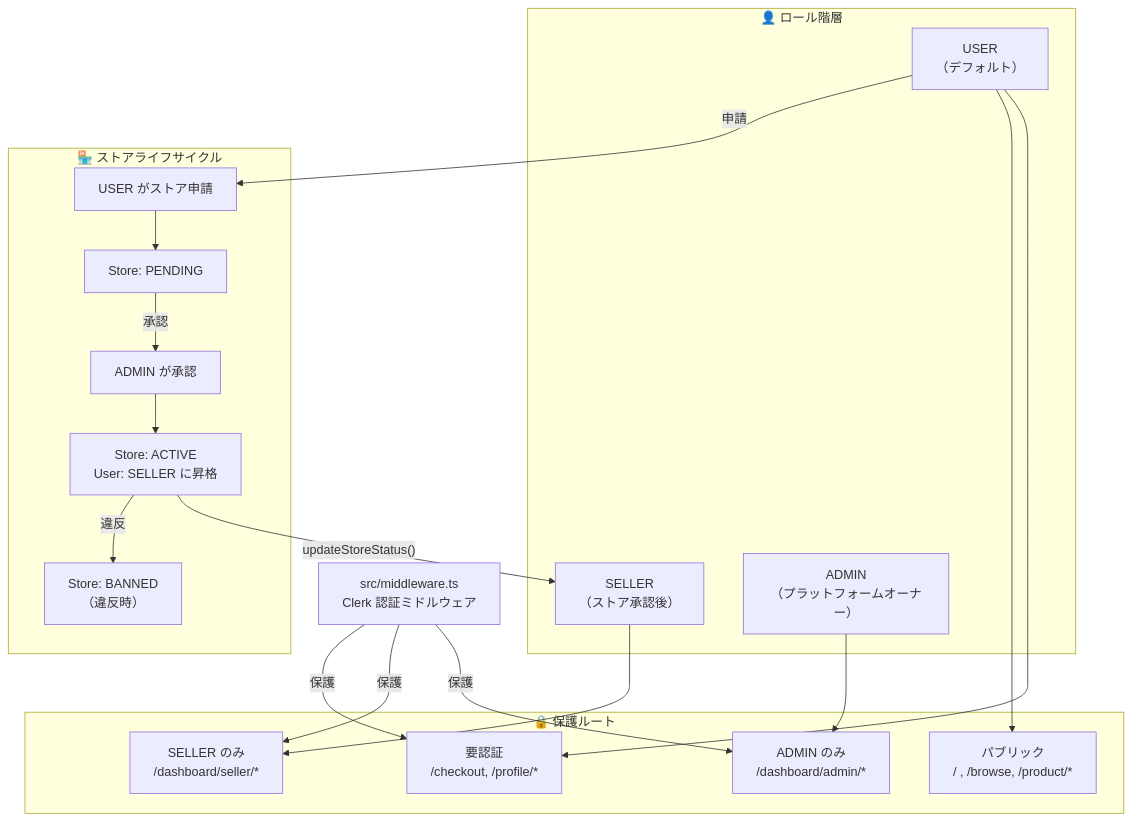
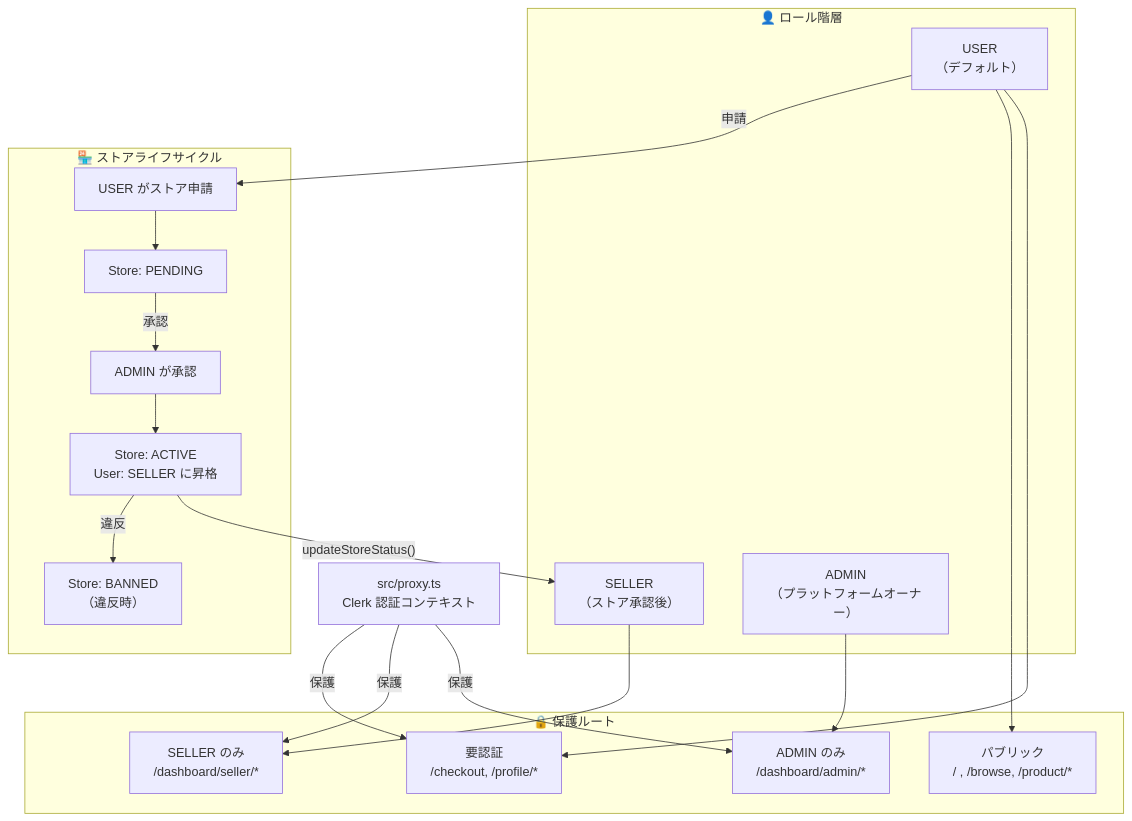
Before and after one commit to myoshi2891/Multi-Vendor-E-Commerce: the fourth of 8 diagrams in README.md, drawn with Mermaid. The commit also changed other lines of this file and 12 other files, not shown here.

````diff
--- a/README.md
+++ b/README.md
@@ -210,40 +210,40 @@
 ```mermaid
 flowchart TD
     subgraph ROLES["👤 ロール階層"]
         USER_R["USER<br>（デフォルト）"]
         SELLER_R["SELLER<br>（ストア承認後）"]
         ADMIN_R["ADMIN<br>（プラットフォームオーナー）"]
     end
 
     subgraph LIFECYCLE["🏪 ストアライフサイクル"]
         APPLY["USER がストア申請"]
         PENDING["Store: PENDING"]
         APPROVE["ADMIN が承認"]
         ACTIVE["Store: ACTIVE<br>User: SELLER に昇格"]
         BANNED["Store: BANNED<br>（違反時）"]
     end
 
     subgraph ROUTES["🔒 保護ルート"]
         PUBLIC["パブリック<br>/ , /browse, /product/*"]
         PROTECTED["要認証<br>/checkout, /profile/*"]
         SELLER_R2["SELLER のみ<br>/dashboard/seller/*"]
         ADMIN_R2["ADMIN のみ<br>/dashboard/admin/*"]
     end
 
     USER_R -->|"申請"| APPLY
     APPLY --> PENDING
     PENDING -->|"承認"| APPROVE
     APPROVE --> ACTIVE
     ACTIVE -->|"違反"| BANNED
     ACTIVE -->|"updateStoreStatus()"| SELLER_R
 
     USER_R --> PUBLIC
     USER_R --> PROTECTED
     SELLER_R --> SELLER_R2
     ADMIN_R --> ADMIN_R2
 
-    MW["src/middleware.ts<br>Clerk 認証ミドルウェア"]
+    MW["src/proxy.ts<br>Clerk 認証コンテキスト"]
     MW -->|"保護"| PROTECTED
     MW -->|"保護"| SELLER_R2
     MW -->|"保護"| ADMIN_R2
 ```
````
